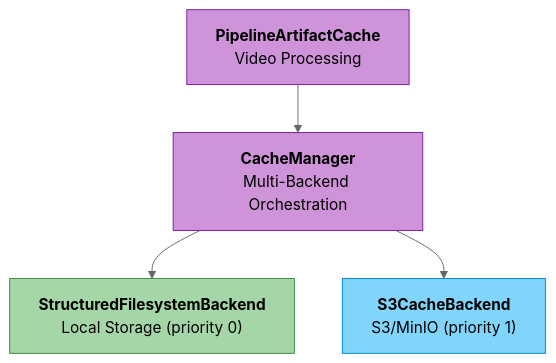
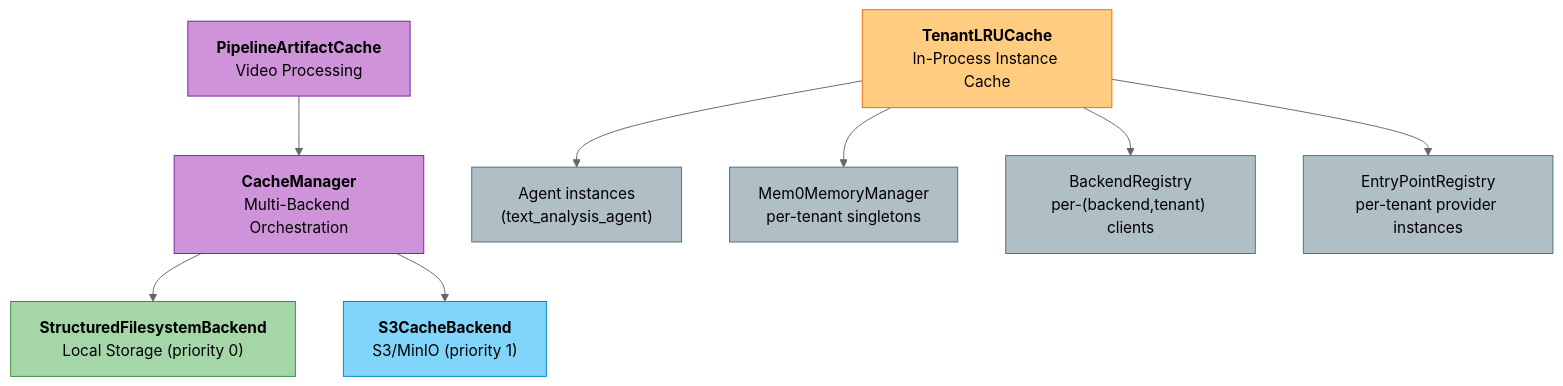
Before and after one commit to amit-jain/cogniverse: the diagram in docs/architecture/caching_strategy.md, drawn with Mermaid (neutral theme). The commit also changed other lines of this file and 50 other files, not shown here.

First line of the commit message:
Complete and verify docs against code with mermaid palette

````diff
--- a/docs/architecture/caching_strategy.md
+++ b/docs/architecture/caching_strategy.md
@@ -16,11 +25,21 @@
 ```mermaid
 flowchart TD
     PAC["<span style='color:#000'><b>PipelineArtifactCache</b><br/>Video Processing</span>"] --> CM["<span style='color:#000'><b>CacheManager</b><br/>Multi-Backend Orchestration</span>"]
     CM --> SFS["<span style='color:#000'><b>StructuredFilesystemBackend</b><br/>Local Storage (priority 0)</span>"]
     CM --> S3["<span style='color:#000'><b>S3CacheBackend</b><br/>S3/MinIO (priority 1)</span>"]
 
+    TLC["<span style='color:#000'><b>TenantLRUCache</b><br/>In-Process Instance Cache</span>"] --> AGT["<span style='color:#000'>Agent instances<br/>(text_analysis_agent)</span>"]
+    TLC --> MEM["<span style='color:#000'>Mem0MemoryManager<br/>per-tenant singletons</span>"]
+    TLC --> BR["<span style='color:#000'>BackendRegistry<br/>per-(backend,tenant) clients</span>"]
+    TLC --> EPR["<span style='color:#000'>EntryPointRegistry<br/>per-tenant provider instances</span>"]
+
     style PAC fill:#ce93d8,stroke:#7b1fa2,color:#000
     style CM fill:#ce93d8,stroke:#7b1fa2,color:#000
     style SFS fill:#a5d6a7,stroke:#388e3c,color:#000
     style S3 fill:#81d4fa,stroke:#0288d1,color:#000
+    style TLC fill:#ffcc80,stroke:#ef6c00,color:#000
+    style AGT fill:#b0bec5,stroke:#546e7a,color:#000
+    style MEM fill:#b0bec5,stroke:#546e7a,color:#000
+    style BR fill:#b0bec5,stroke:#546e7a,color:#000
+    style EPR fill:#b0bec5,stroke:#546e7a,color:#000
 ```
````
